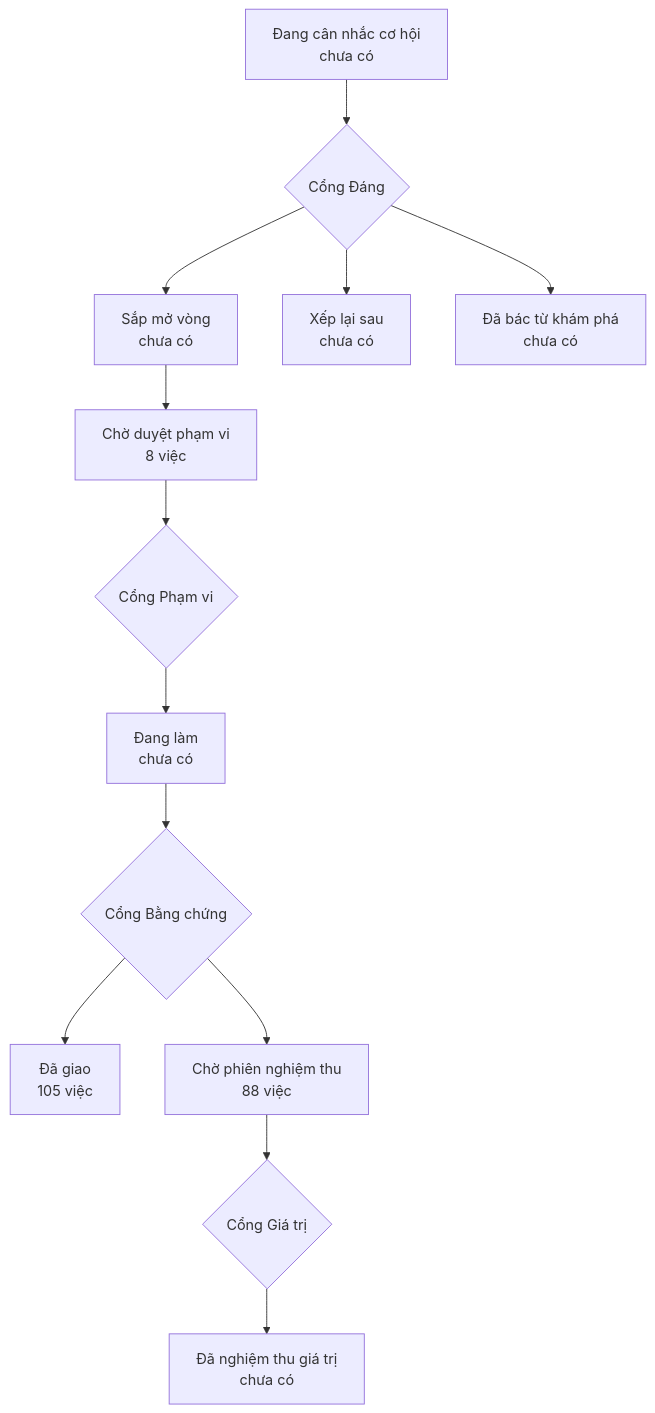
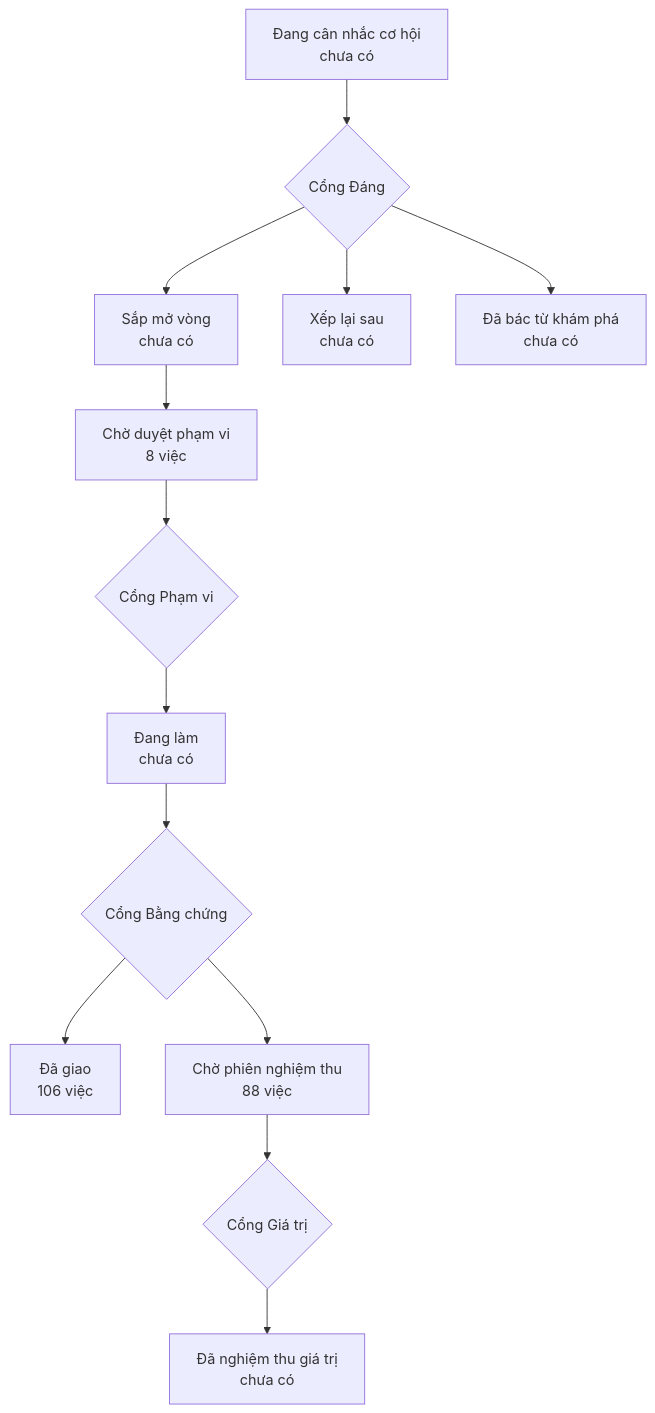
The diagram in PRODUCT-MAP.md (phanlemanh/onehub-invest), drawn with Mermaid before and after one commit. The commit also changed other lines of this file and 1 other file, not shown here.

Commit message:
chore(acceptance): vẽ lại bản đồ sau gộp main

````diff
--- a/PRODUCT-MAP.md
+++ b/PRODUCT-MAP.md
@@ -7,12 +7,12 @@
 ```mermaid
 flowchart TD
   A["Đang cân nhắc cơ hội<br/>chưa có"] --> GD{"Cổng Đáng"}
   GD --> B["Sắp mở vòng<br/>chưa có"]
   GD --> XL["Xếp lại sau<br/>chưa có"]
   GD --> DB["Đã bác từ khám phá<br/>chưa có"]
   B --> CD["Chờ duyệt phạm vi<br/>8 việc"] --> GP{"Cổng Phạm vi"}
   GP --> DL["Đang làm<br/>chưa có"] --> GB{"Cổng Bằng chứng"}
-  GB --> DG["Đã giao<br/>105 việc"]
+  GB --> DG["Đã giao<br/>106 việc"]
   GB --> CN["Chờ phiên nghiệm thu<br/>88 việc"] --> GG{"Cổng Giá trị"}
   GG --> NT["Đã nghiệm thu giá trị<br/>chưa có"]
 ```
````
